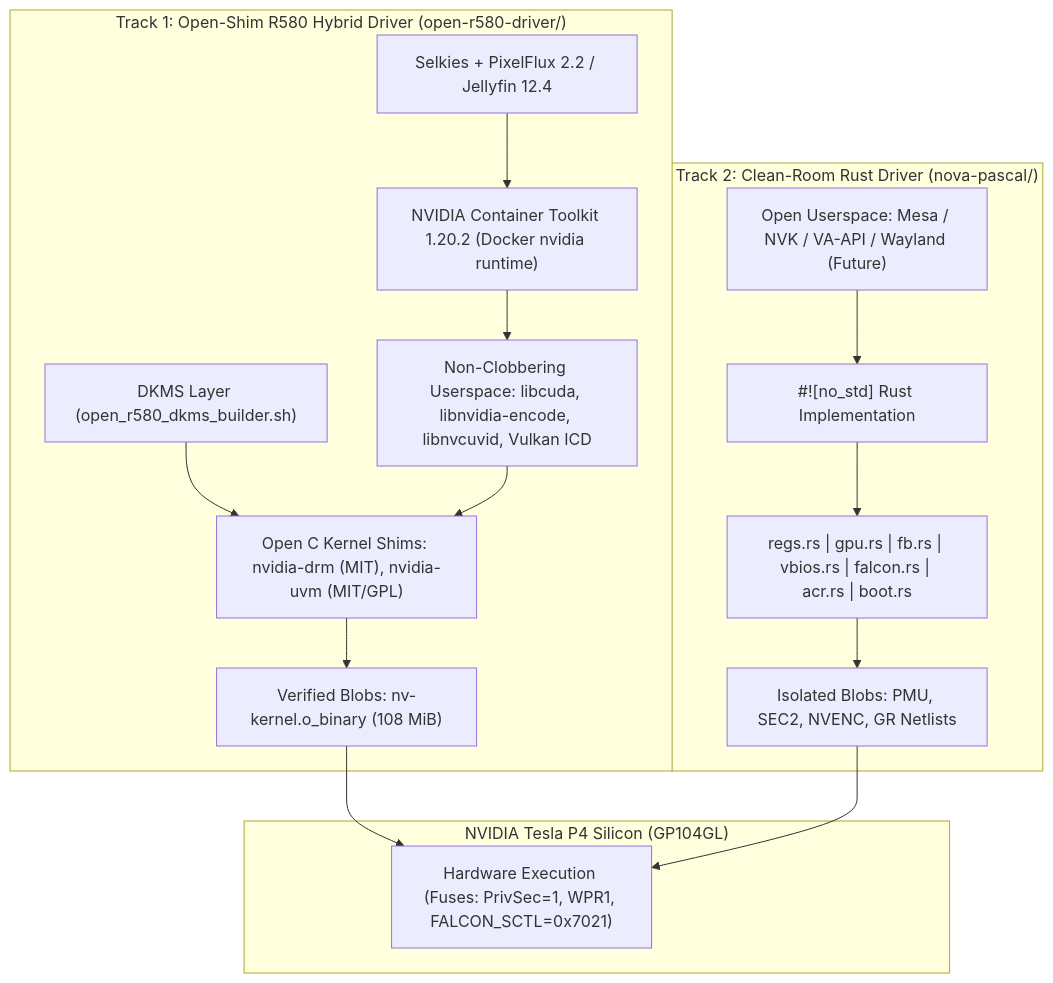
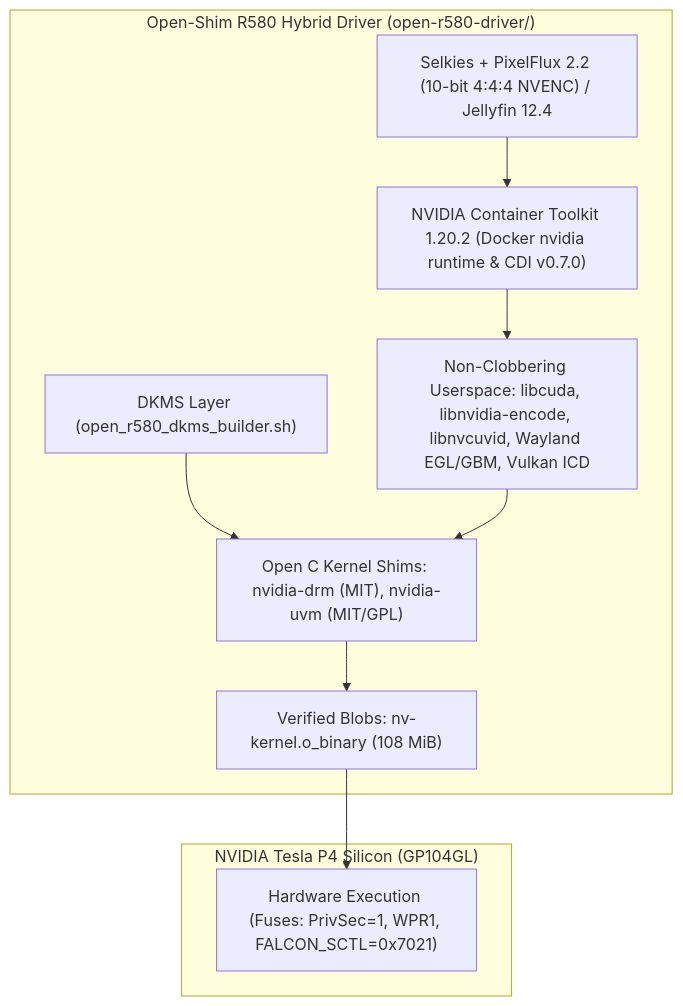
The second of 2 diagrams in docs/00-MASTER-PROJECT-COMPREHENSIVE-ARCHIVE.md (SanjayRavindran/open-580-driver), drawn with Mermaid before and after one commit. The commit also changed other lines of this file and 20 other files, not shown here.

Commit message:
refactor: retire pure nova-pascal/Mesa track, add Selkies/PixelFlux 10-bit 4:4:4 NVENC & UEFI Coreboot .24 docs

````diff
--- a/docs/00-MASTER-PROJECT-COMPREHENSIVE-ARCHIVE.md
+++ b/docs/00-MASTER-PROJECT-COMPREHENSIVE-ARCHIVE.md
@@ -153,32 +153,21 @@
 ```mermaid
 graph TD
     subgraph "NVIDIA Tesla P4 Silicon (GP104GL)"
         HW["Hardware Execution (Fuses: PrivSec=1, WPR1, FALCON_SCTL=0x7021)"]
     end
 
-    subgraph "Track 1: Open-Shim R580 Hybrid Driver (open-r580-driver/)"
+    subgraph "Open-Shim R580 Hybrid Driver (open-r580-driver/)"
         T1_DKMS["DKMS Layer (open_r580_dkms_builder.sh)"]
         T1_KMOD["Open C Kernel Shims: nvidia-drm (MIT), nvidia-uvm (MIT/GPL)"]
         T1_CORE["Verified Blobs: nv-kernel.o_binary (108 MiB)"]
-        T1_USER["Non-Clobbering Userspace: libcuda, libnvidia-encode, libnvcuvid, Vulkan ICD"]
-        T1_CONT["NVIDIA Container Toolkit 1.20.2 (Docker nvidia runtime)"]
-        T1_APPS["Selkies + PixelFlux 2.2 / Jellyfin 12.4"]
+        T1_USER["Non-Clobbering Userspace: libcuda, libnvidia-encode, libnvcuvid, Wayland EGL/GBM, Vulkan ICD"]
+        T1_CONT["NVIDIA Container Toolkit 1.20.2 (Docker nvidia runtime & CDI v0.7.0)"]
+        T1_APPS["Selkies + PixelFlux 2.2 (10-bit 4:4:4 NVENC) / Jellyfin 12.4"]
         T1_DKMS --> T1_KMOD
         T1_KMOD --> T1_CORE
         T1_CORE --> HW
         T1_USER --> T1_KMOD
         T1_CONT --> T1_USER
         T1_APPS --> T1_CONT
     end
-
-    subgraph "Track 2: Clean-Room Rust Driver (nova-pascal/)"
-        T2_RUST["#![no_std] Rust Implementation"]
-        T2_MODS["regs.rs | gpu.rs | fb.rs | vbios.rs | falcon.rs | acr.rs | boot.rs"]
-        T2_BLOBS["Isolated Blobs: PMU, SEC2, NVENC, GR Netlists"]
-        T2_NVK["Open Userspace: Mesa / NVK / VA-API / Wayland (Future)"]
-        T2_RUST --> T2_MODS
-        T2_MODS --> T2_BLOBS
-        T2_BLOBS --> HW
-        T2_NVK --> T2_RUST
-    end
 ```
````
